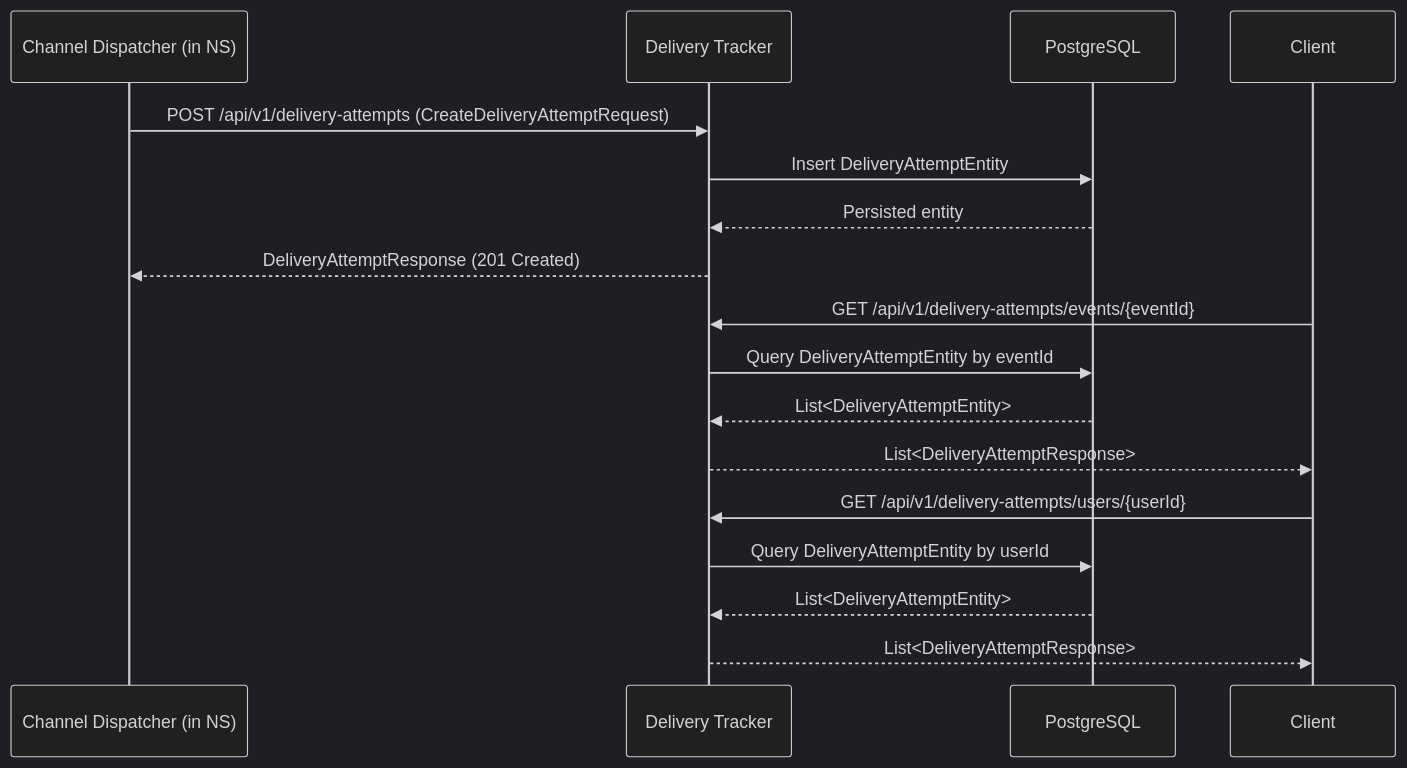
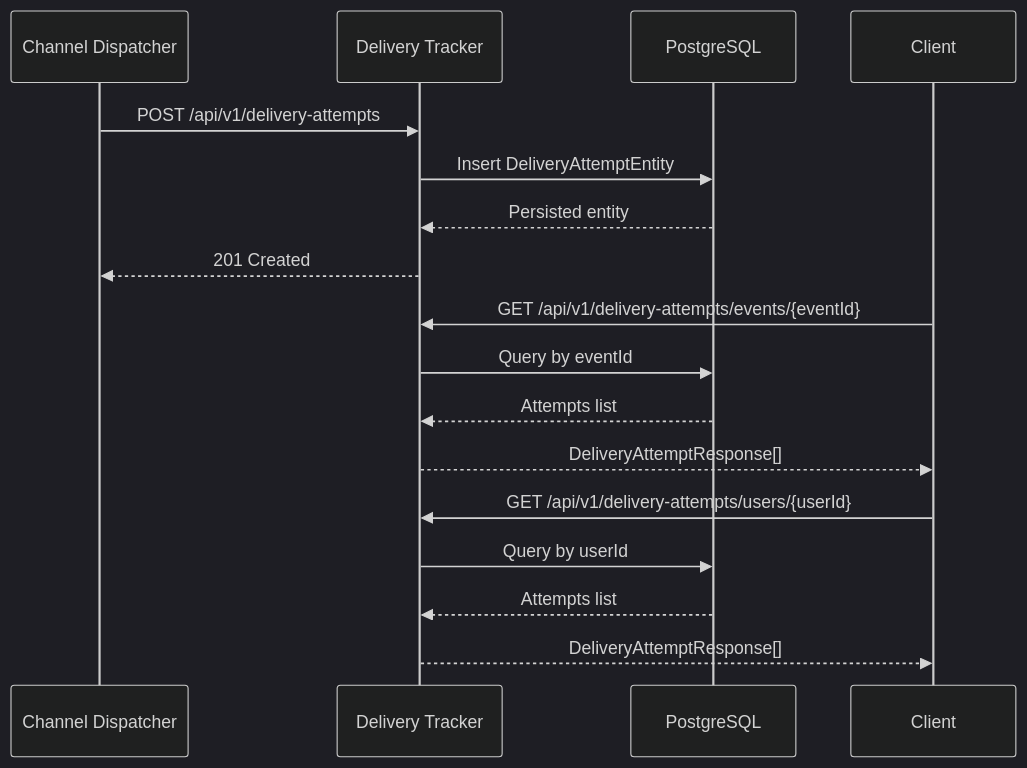
Before and after one commit to abhim8/notification-platform: the fifth of 5 diagrams in README.md, drawn with Mermaid (dark theme). The commit also changed other lines of this file and 7 other files, not shown here.

````diff
--- a/README.md
+++ b/README.md
@@ -310,22 +170,22 @@
 ```mermaid
 sequenceDiagram
-    participant CD as Channel Dispatcher (in NS)
+    participant CD as Channel Dispatcher
     participant DT as Delivery Tracker
     participant DB as PostgreSQL
     participant Client
 
-    CD->>DT: POST /api/v1/delivery-attempts (CreateDeliveryAttemptRequest)
+    CD->>DT: POST /api/v1/delivery-attempts
     DT->>DB: Insert DeliveryAttemptEntity
     DB-->>DT: Persisted entity
-    DT-->>CD: DeliveryAttemptResponse (201 Created)
+    DT-->>CD: 201 Created
 
     Client->>DT: GET /api/v1/delivery-attempts/events/{eventId}
-    DT->>DB: Query DeliveryAttemptEntity by eventId
-    DB-->>DT: List<DeliveryAttemptEntity>
-    DT-->>Client: List<DeliveryAttemptResponse>
+    DT->>DB: Query by eventId
+    DB-->>DT: Attempts list
+    DT-->>Client: DeliveryAttemptResponse[]
 
     Client->>DT: GET /api/v1/delivery-attempts/users/{userId}
-    DT->>DB: Query DeliveryAttemptEntity by userId
-    DB-->>DT: List<DeliveryAttemptEntity>
-    DT-->>Client: List<DeliveryAttemptResponse>
+    DT->>DB: Query by userId
+    DB-->>DT: Attempts list
+    DT-->>Client: DeliveryAttemptResponse[]
 ```
````
